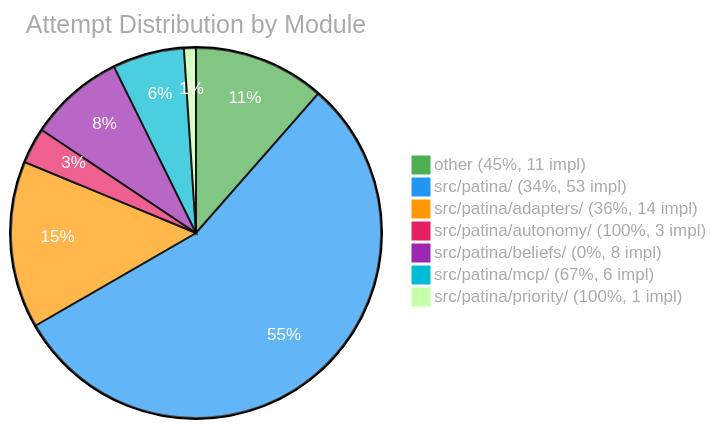
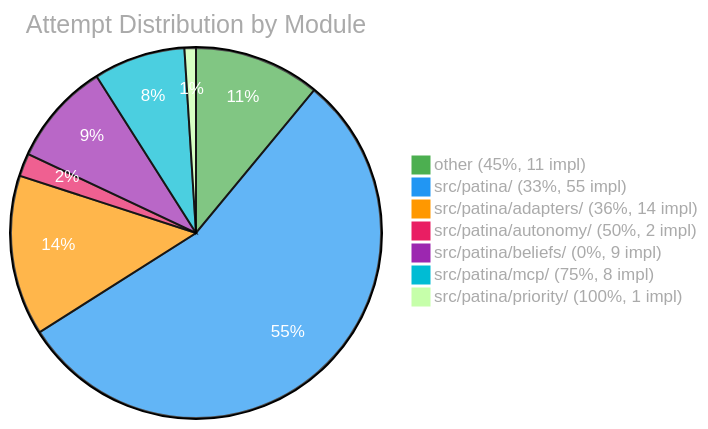
One commit to Sanctum-Origo-Systems/patina changed the third of 3 diagrams in EVAL.md. Above: the diagram before and after it, drawn with Mermaid. The commit also changed other lines of this file and 2 other files, not shown here.

Commit message:
fix: EVAL.md chart plots false zeros for no-outcome weeks (#442)

````diff
--- a/EVAL.md
+++ b/EVAL.md
@@ -79,11 +65,11 @@
 ```mermaid
 %%{init: {'theme': 'base', 'themeVariables': {'pie1': '#4CAF50', 'pie2': '#2196F3', 'pie3': '#FF9800', 'pie4': '#E91E63', 'pie5': '#9C27B0', 'pie6': '#00BCD4', 'pieTitleTextColor': '#aaa', 'pieLegendTextColor': '#aaa', 'pieSectionTextColor': '#fff'}}}%%
 pie title Attempt Distribution by Module
     "other (45%, 11 impl)" : 11
-    "src/patina/ (34%, 53 impl)" : 53
+    "src/patina/ (33%, 55 impl)" : 55
     "src/patina/adapters/ (36%, 14 impl)" : 14
-    "src/patina/autonomy/ (100%, 3 impl)" : 3
-    "src/patina/beliefs/ (0%, 8 impl)" : 8
-    "src/patina/mcp/ (67%, 6 impl)" : 6
+    "src/patina/autonomy/ (50%, 2 impl)" : 2
+    "src/patina/beliefs/ (0%, 9 impl)" : 9
+    "src/patina/mcp/ (75%, 8 impl)" : 8
     "src/patina/priority/ (100%, 1 impl)" : 1
 ```
````
